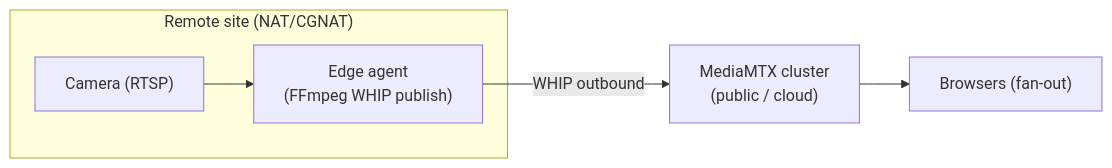
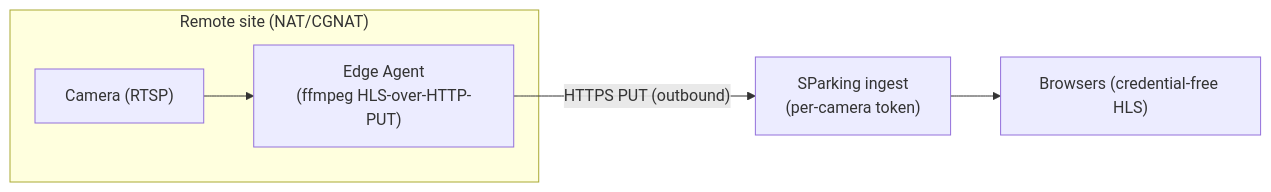
The second of 4 diagrams in docs/cctv/future-architecture.md (Tatu1984/Smart-Parking), drawn with Mermaid before and after one commit. The commit also changed other lines of this file and 36 other files, not shown here.

Commit message:
Implemented the edge agent

````diff
--- a/docs/cctv/future-architecture.md
+++ b/docs/cctv/future-architecture.md
@@ -26,8 +34,8 @@
 ```mermaid
 flowchart LR
   subgraph Site["Remote site (NAT/CGNAT)"]
-    CAM["Camera (RTSP)"] --> EDGE["Edge agent\n(FFmpeg WHIP publish)"]
+    CAM["Camera (RTSP)"] --> EDGE["Edge Agent\n(ffmpeg HLS-over-HTTP-PUT)"]
   end
-  EDGE -->|WHIP outbound| MTX["MediaMTX cluster\n(public / cloud)"]
-  MTX --> B["Browsers (fan-out)"]
+  EDGE -->|"HTTPS PUT (outbound)"| INGEST["SParking ingest\n(per-camera token)"]
+  INGEST --> B["Browsers (credential-free HLS)"]
 ```
````
